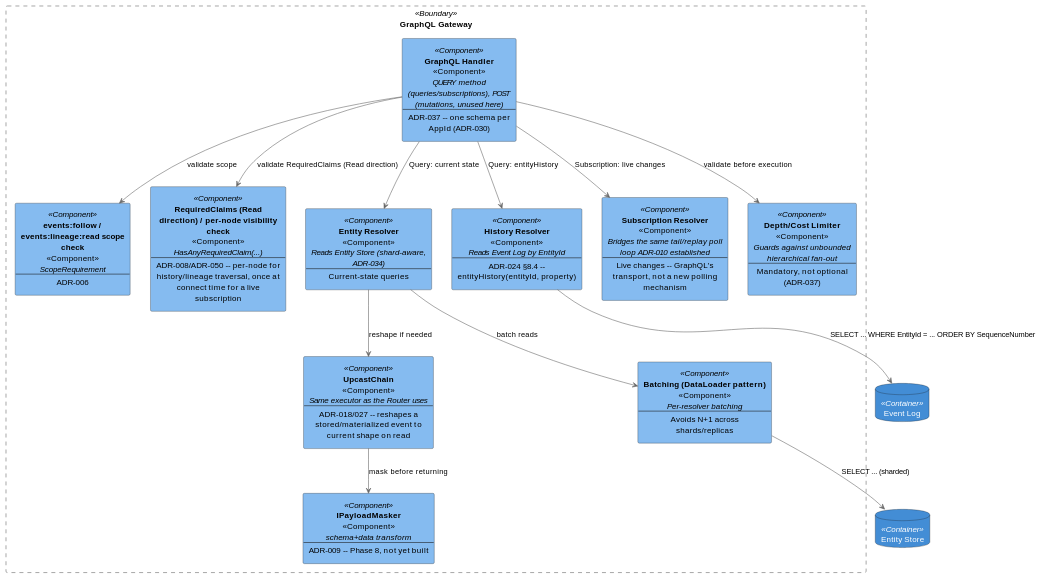
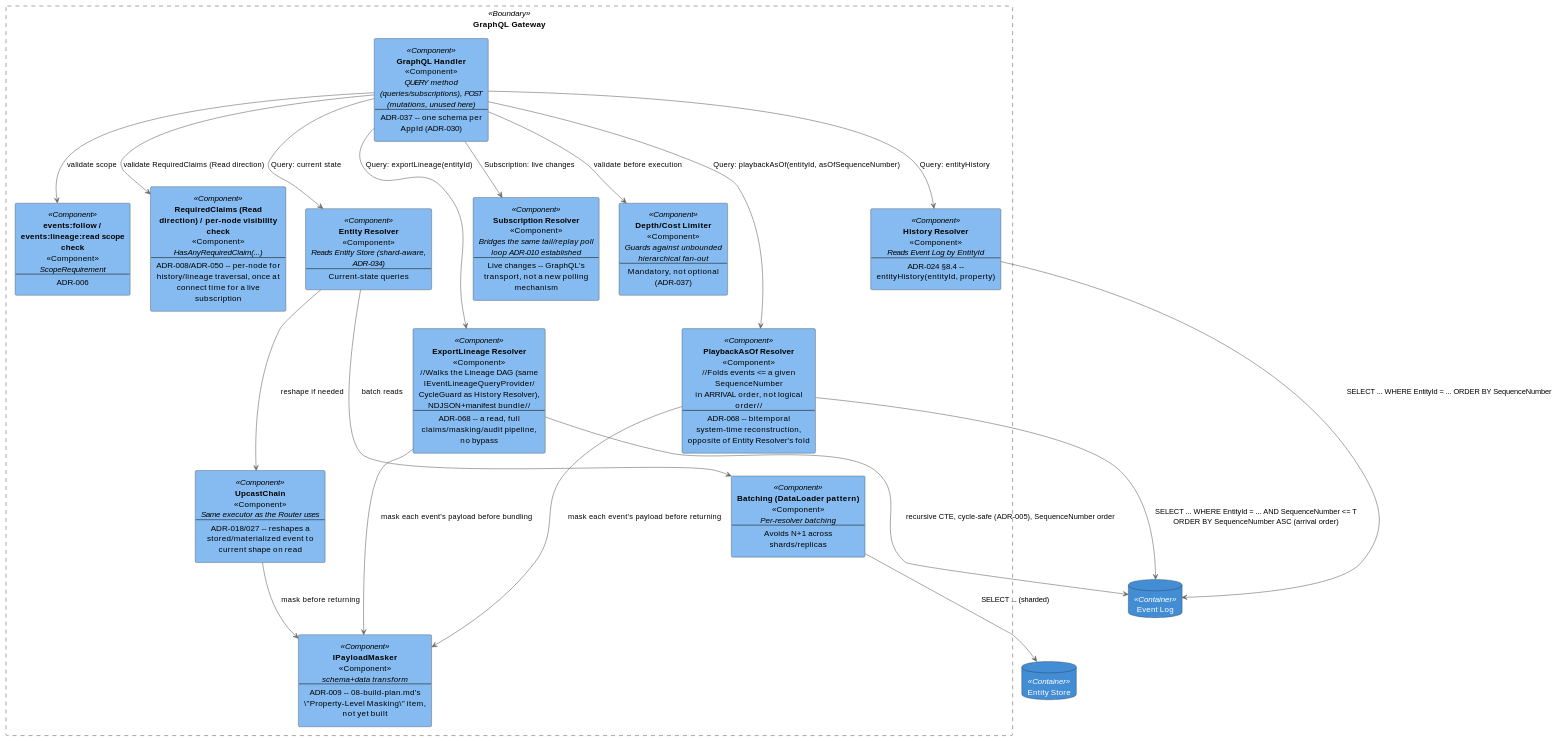
One commit to Mwwhited-BookLearning/EventSourcing changed the fourth of 9 diagrams in docs/01-c4-architecture.md. Above: the diagram before and after it, drawn with PlantUML. The commit also changed other lines of this file and 6 other files, not shown here.

````diff
--- a/docs/01-c4-architecture.md
+++ b/docs/01-c4-architecture.md
@@ -233,50 +233,58 @@
 ```plantuml
 @startuml C4_Component_GraphQL
 skinparam shadowing false
 skinparam defaultTextAlignment center
 skinparam wrapWidth 220
 skinparam rectangle<<Component>> {
   BackgroundColor #85BBF0
   FontColor black
 }
 skinparam database<<Container>> {
   BackgroundColor #438DD5
   FontColor white
 }
 skinparam rectangle<<Boundary>> {
   BackgroundColor transparent
   BorderColor #666666
   BorderStyle dashed
 }
 skinparam ArrowColor #666666
 
 rectangle "GraphQL Gateway" <<Boundary>> as graphql {
     rectangle "**GraphQL Handler**\n<<Component>>\n//QUERY method (queries/subscriptions), POST (mutations, unused here)//\n--\nADR-037 -- one schema per AppId (ADR-030)" <<Component>> as handler
     rectangle "**events:follow / events:lineage:read scope check**\n<<Component>>\n//ScopeRequirement//\n--\nADR-006" <<Component>> as scopeCheck
     rectangle "**RequiredClaims (Read direction) / per-node visibility check**\n<<Component>>\n//HasAnyRequiredClaim(...)//\n--\nADR-008/ADR-050 -- per-node for history/lineage traversal, once at connect time for a live subscription" <<Component>> as claimCheck
     rectangle "**Entity Resolver**\n<<Component>>\n//Reads Entity Store (shard-aware, ADR-034)//\n--\nCurrent-state queries" <<Component>> as entityResolver
     rectangle "**History Resolver**\n<<Component>>\n//Reads Event Log by EntityId//\n--\nADR-024 §8.4 -- entityHistory(entityId, property)" <<Component>> as historyResolver
     rectangle "**Subscription Resolver**\n<<Component>>\n//Bridges the same tail/replay poll loop ADR-010 established//\n--\nLive changes -- GraphQL's transport, not a new polling mechanism" <<Component>> as subResolver
     rectangle "**Depth/Cost Limiter**\n<<Component>>\n//Guards against unbounded hierarchical fan-out//\n--\nMandatory, not optional (ADR-037)" <<Component>> as depthLimiter
     rectangle "**Batching (DataLoader pattern)**\n<<Component>>\n//Per-resolver batching//\n--\nAvoids N+1 across shards/replicas" <<Component>> as dataLoader
     rectangle "**UpcastChain**\n<<Component>>\n//Same executor as the Router uses//\n--\nADR-018/027 -- reshapes a stored/materialized event to current shape on read" <<Component>> as upcaster
-    rectangle "**IPayloadMasker**\n<<Component>>\n//schema+data transform//\n--\nADR-009 -- Phase 8, not yet built" <<Component>> as masker
+    rectangle "**IPayloadMasker**\n<<Component>>\n//schema+data transform//\n--\nADR-009 -- 08-build-plan.md's \"Property-Level Masking\" item, not yet built" <<Component>> as masker
+    rectangle "**ExportLineage Resolver**\n<<Component>>\n//Walks the Lineage DAG (same IEventLineageQueryProvider/\nCycleGuard as History Resolver), NDJSON+manifest bundle//\n--\nADR-068 -- a read, full claims/masking/audit pipeline, no bypass" <<Component>> as exportResolver
+    rectangle "**PlaybackAsOf Resolver**\n<<Component>>\n//Folds events <= a given SequenceNumber\nin ARRIVAL order, not logical order//\n--\nADR-068 -- bitemporal system-time reconstruction, opposite of Entity Resolver's fold" <<Component>> as playbackResolver
 }
 
 database "Entity Store" <<Container>> as entityStore
 database "Event Log" <<Container>> as eventLog
 
 handler --> scopeCheck : validate scope
 handler --> depthLimiter : validate before execution
 handler --> claimCheck : validate RequiredClaims (Read direction)
 handler --> entityResolver : Query: current state
 handler --> historyResolver : Query: entityHistory
 handler --> subResolver : Subscription: live changes
+handler --> exportResolver : Query: exportLineage(entityId)
+handler --> playbackResolver : Query: playbackAsOf(entityId, asOfSequenceNumber)
 entityResolver --> dataLoader : batch reads
 dataLoader --> entityStore : SELECT ... (sharded)
 historyResolver --> eventLog : SELECT ... WHERE EntityId = ... ORDER BY SequenceNumber
 entityResolver --> upcaster : reshape if needed
 upcaster --> masker : mask before returning
+exportResolver --> eventLog : recursive CTE, cycle-safe (ADR-005), SequenceNumber order
+exportResolver --> masker : mask each event's payload before bundling
+playbackResolver --> eventLog : SELECT ... WHERE EntityId = ... AND SequenceNumber <= T\nORDER BY SequenceNumber ASC (arrival order)
+playbackResolver --> masker : mask each event's payload before returning
 
 @enduml
 ```
````
